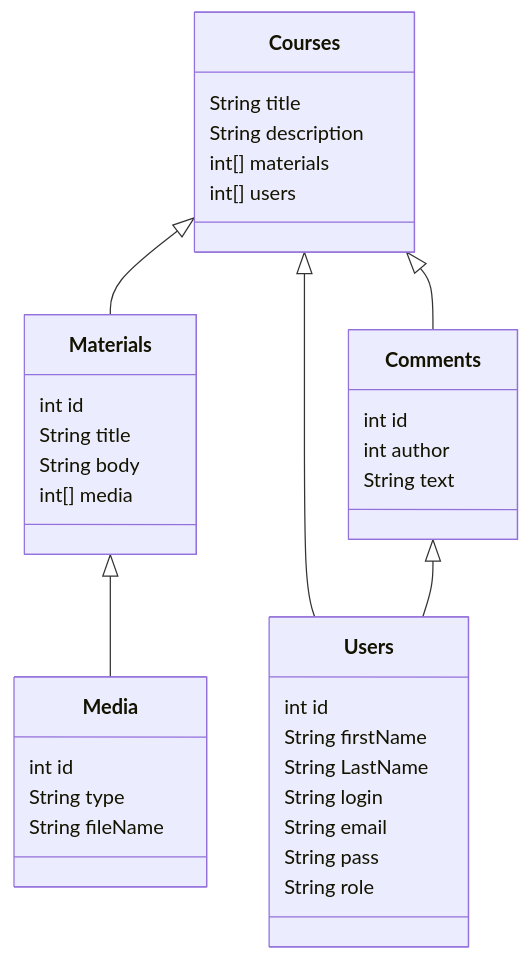
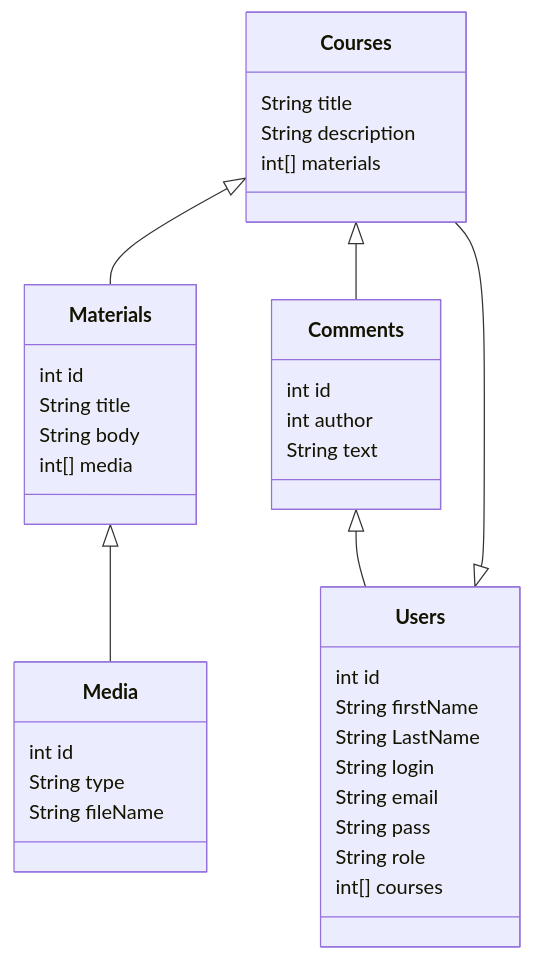
One commit to mmxzmax/node_lessons_2024_Proj changed the diagram in README.md. Above: the diagram before and after it, drawn with Mermaid.

````diff
--- a/README.md
+++ b/README.md
@@ -1,39 +1,39 @@
 ```mermaid
 classDiagram
     Materials <|-- Media
     Courses <|-- Materials
     Courses <|-- Comments
-    Courses <|-- Users
+    Users <|-- Courses
     Comments <|-- Users
     class Media {
         int id
         String type
         String fileName
     }
     class Materials{
         int id
         String title
         String body
         int[] media
     }
     class Courses{
         String title
         String description
         int[] materials
-        int[] users
     }
     class Comments{
         int id
         int author
         String text
     }
     class Users {
         int id
         String firstName
         String LastName
         String login
         String email
         String pass
         String role
+        int[] courses
     }
 ```
````
